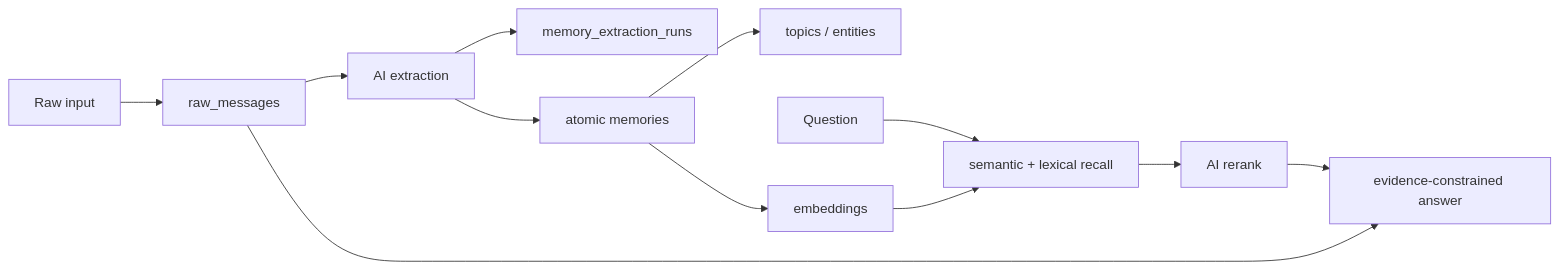
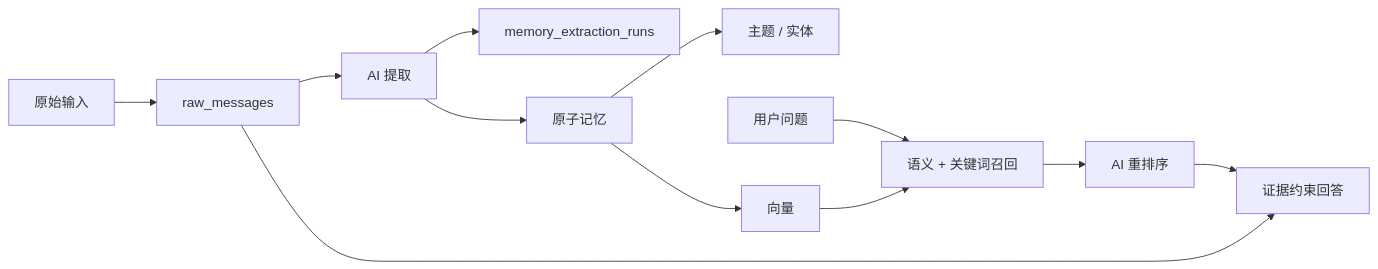
One commit to chai11w/personal-brain changed the diagram in README.md. Above: the diagram before and after it, drawn with Mermaid. The commit also changed other lines of this file and 1 other file, not shown here.

````diff
--- a/README.md
+++ b/README.md
@@ -43,14 +43,14 @@
 ```mermaid
 flowchart LR
-    A["Raw input"] --> B["raw_messages"]
-    B --> C["AI extraction"]
+    A["原始输入"] --> B["raw_messages"]
+    B --> C["AI 提取"]
     C --> D["memory_extraction_runs"]
-    C --> E["atomic memories"]
-    E --> F["topics / entities"]
-    E --> G["embeddings"]
-    Q["Question"] --> H["semantic + lexical recall"]
+    C --> E["原子记忆"]
+    E --> F["主题 / 实体"]
+    E --> G["向量"]
+    Q["用户问题"] --> H["语义 + 关键词召回"]
     G --> H
-    H --> I["AI rerank"]
-    I --> J["evidence-constrained answer"]
+    H --> I["AI 重排序"]
+    I --> J["证据约束回答"]
     B --> J
 ```
````
